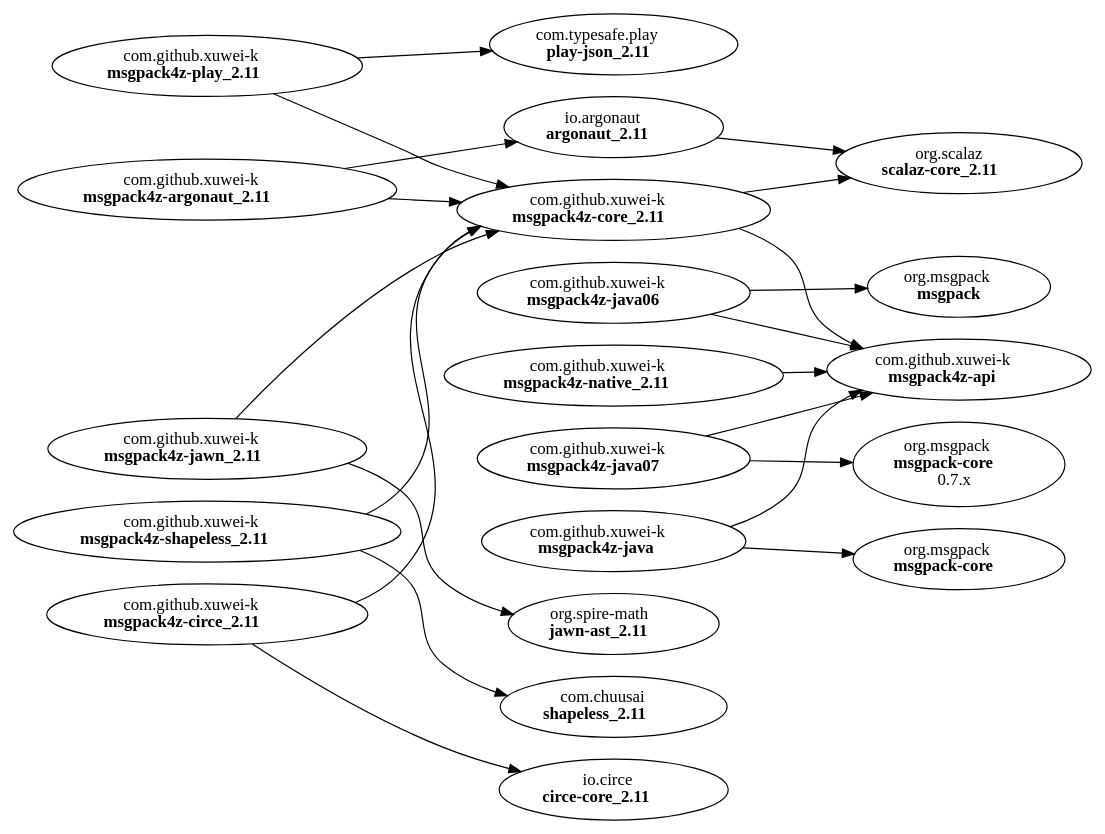
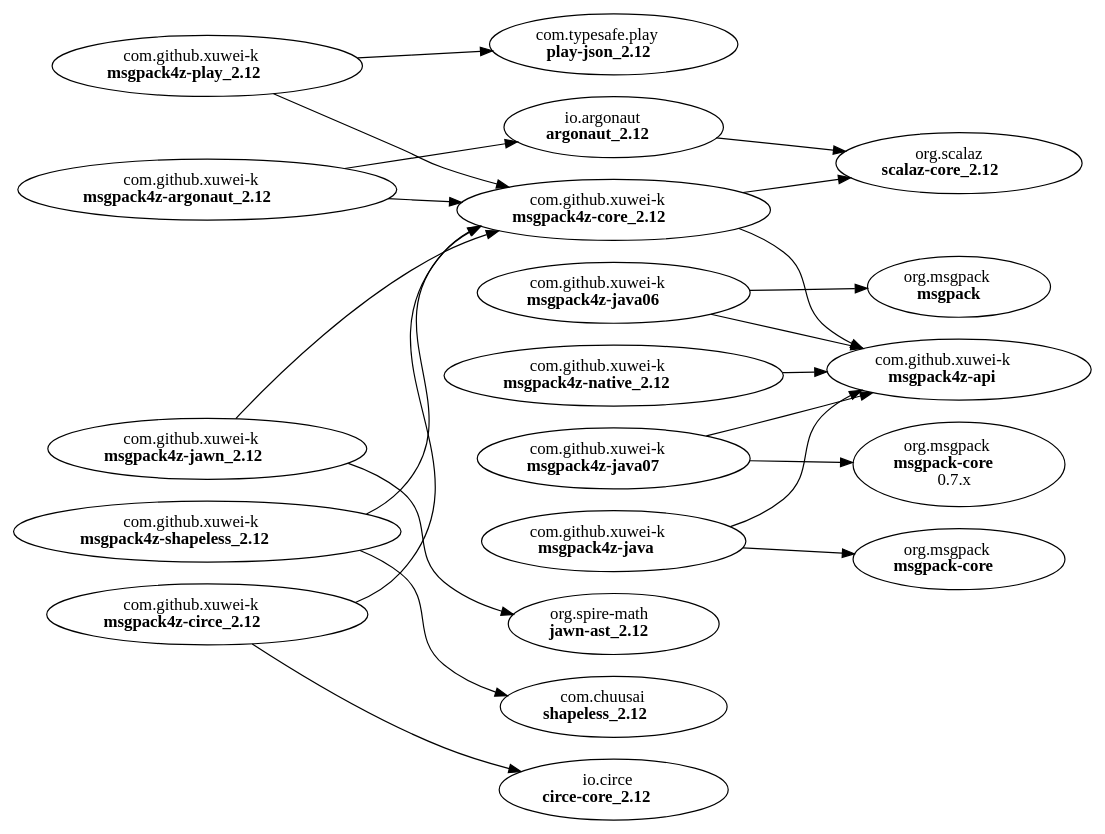
One commit to msgpack4z/msgpack4z.github.io changed the diagram in graph.dot. Above: the diagram before and after it, drawn with Graphviz. The commit also changed 1 other file, not shown here.

```diff
--- a/graph.dot
+++ b/graph.dot
@@ -1,44 +1,44 @@
 digraph "msgpack4z dependency graph" {
     graph[rankdir="LR"]
     node[target="_blank"]
-    "com.github.xuwei-k:msgpack4z-play_2.11"[label=<com.github.xuwei-k<BR/><B>msgpack4z-play_2.11</B>>, href="https://github.com/msgpack4z/msgpack4z-play"]
-    "com.typesafe.play:play-json_2.11"[label=<com.typesafe.play<BR/><B>play-json_2.11</B>>, href="https://github.com/playframework/play-json"]
-    "com.github.xuwei-k:msgpack4z-jawn_2.11"[label=<com.github.xuwei-k<BR/><B>msgpack4z-jawn_2.11</B>>, href="https://github.com/msgpack4z/msgpack4z-jawn"]
-    "org.spire-math:jawn-ast_2.11"[label=<org.spire-math<BR/><B>jawn-ast_2.11</B>>, href="https://github.com/non/jawn"]
-    "com.github.xuwei-k:msgpack4z-argonaut_2.11"[label=<com.github.xuwei-k<BR/><B>msgpack4z-argonaut_2.11</B>>, href="https://github.com/msgpack4z/msgpack4z-argonaut"]
-    "io.argonaut:argonaut_2.11"[label=<io.argonaut<BR/><B>argonaut_2.11</B>>, href="https://github.com/argonaut-io/argonaut"]
+    "com.github.xuwei-k:msgpack4z-play_2.12"[label=<com.github.xuwei-k<BR/><B>msgpack4z-play_2.12</B>>, href="https://github.com/msgpack4z/msgpack4z-play"]
+    "com.typesafe.play:play-json_2.12"[label=<com.typesafe.play<BR/><B>play-json_2.12</B>>, href="https://github.com/playframework/play-json"]
+    "com.github.xuwei-k:msgpack4z-jawn_2.12"[label=<com.github.xuwei-k<BR/><B>msgpack4z-jawn_2.12</B>>, href="https://github.com/msgpack4z/msgpack4z-jawn"]
+    "org.spire-math:jawn-ast_2.12"[label=<org.spire-math<BR/><B>jawn-ast_2.12</B>>, href="https://github.com/non/jawn"]
+    "com.github.xuwei-k:msgpack4z-argonaut_2.12"[label=<com.github.xuwei-k<BR/><B>msgpack4z-argonaut_2.12</B>>, href="https://github.com/msgpack4z/msgpack4z-argonaut"]
+    "io.argonaut:argonaut_2.12"[label=<io.argonaut<BR/><B>argonaut_2.12</B>>, href="https://github.com/argonaut-io/argonaut"]
     "com.github.xuwei-k:msgpack4z-java06"[label=<com.github.xuwei-k<BR/><B>msgpack4z-java06</B>>, href="https://github.com/msgpack4z/msgpack4z-java06"]
     "org.msgpack:msgpack"[label=<org.msgpack<BR/><B>msgpack</B>>, href="https://github.com/msgpack/msgpack-java"]
     "com.github.xuwei-k:msgpack4z-java07"[label=<com.github.xuwei-k<BR/><B>msgpack4z-java07</B>>, href="https://github.com/msgpack4z/msgpack4z-java/tree/0.2.x"]
     "com.github.xuwei-k:msgpack4z-java"[label=<com.github.xuwei-k<BR/><B>msgpack4z-java</B>>, href="https://github.com/msgpack4z/msgpack4z-java"]
     "org.msgpack:msgpack-core:0.7.x"[label=<org.msgpack<BR/><B>msgpack-core</B><BR/>0.7.x>, href="https://github.com/msgpack/msgpack-java"]
     "org.msgpack:msgpack-core"[label=<org.msgpack<BR/><B>msgpack-core</B>>, href="https://github.com/msgpack/msgpack-java"]
-    "com.github.xuwei-k:msgpack4z-native_2.11"[label=<com.github.xuwei-k<BR/><B>msgpack4z-native_2.11</B>>, href="https://github.com/msgpack4z/msgpack4z-native"]
-    "com.github.xuwei-k:msgpack4z-shapeless_2.11"[label=<com.github.xuwei-k<BR/><B>msgpack4z-shapeless_2.11</B>>, href="https://github.com/msgpack4z/msgpack4z-shapeless"]
-    "com.github.xuwei-k:msgpack4z-core_2.11"[label=<com.github.xuwei-k<BR/><B>msgpack4z-core_2.11</B>>, href="https://github.com/msgpack4z/msgpack4z-core"]
-    "org.scalaz:scalaz-core_2.11"[label=<org.scalaz<BR/><B>scalaz-core_2.11</B>>, href="https://github.com/scalaz/scalaz"]
+    "com.github.xuwei-k:msgpack4z-native_2.12"[label=<com.github.xuwei-k<BR/><B>msgpack4z-native_2.12</B>>, href="https://github.com/msgpack4z/msgpack4z-native"]
+    "com.github.xuwei-k:msgpack4z-shapeless_2.12"[label=<com.github.xuwei-k<BR/><B>msgpack4z-shapeless_2.12</B>>, href="https://github.com/msgpack4z/msgpack4z-shapeless"]
+    "com.github.xuwei-k:msgpack4z-core_2.12"[label=<com.github.xuwei-k<BR/><B>msgpack4z-core_2.12</B>>, href="https://github.com/msgpack4z/msgpack4z-core"]
+    "org.scalaz:scalaz-core_2.12"[label=<org.scalaz<BR/><B>scalaz-core_2.12</B>>, href="https://github.com/scalaz/scalaz"]
     "com.github.xuwei-k:msgpack4z-api"[label=<com.github.xuwei-k<BR/><B>msgpack4z-api</B>>, href="https://github.com/msgpack4z/msgpack4z-api"]
-    "com.chuusai:shapeless_2.11"[label=<com.chuusai<BR/><B>shapeless_2.11</B>>, href="https://github.com/milessabin/shapeless"]
-    "com.github.xuwei-k:msgpack4z-circe_2.11"[label=<com.github.xuwei-k<BR/><B>msgpack4z-circe_2.11</B>>, href="https://github.com/msgpack4z/msgpack4z-circe"]
-    "io.circe:circe-core_2.11"[label=<io.circe<BR/><B>circe-core_2.11</B>>, href="https://github.com/circe/circe"]
-    "com.github.xuwei-k:msgpack4z-play_2.11" -> "com.typesafe.play:play-json_2.11"
-    "com.github.xuwei-k:msgpack4z-jawn_2.11" -> "org.spire-math:jawn-ast_2.11"
-    "com.github.xuwei-k:msgpack4z-argonaut_2.11" -> "io.argonaut:argonaut_2.11"
+    "com.chuusai:shapeless_2.12"[label=<com.chuusai<BR/><B>shapeless_2.12</B>>, href="https://github.com/milessabin/shapeless"]
+    "com.github.xuwei-k:msgpack4z-circe_2.12"[label=<com.github.xuwei-k<BR/><B>msgpack4z-circe_2.12</B>>, href="https://github.com/msgpack4z/msgpack4z-circe"]
+    "io.circe:circe-core_2.12"[label=<io.circe<BR/><B>circe-core_2.12</B>>, href="https://github.com/circe/circe"]
+    "com.github.xuwei-k:msgpack4z-play_2.12" -> "com.typesafe.play:play-json_2.12"
+    "com.github.xuwei-k:msgpack4z-jawn_2.12" -> "org.spire-math:jawn-ast_2.12"
+    "com.github.xuwei-k:msgpack4z-argonaut_2.12" -> "io.argonaut:argonaut_2.12"
     "com.github.xuwei-k:msgpack4z-java06" -> "org.msgpack:msgpack"
     "com.github.xuwei-k:msgpack4z-java07" -> "org.msgpack:msgpack-core:0.7.x"
     "com.github.xuwei-k:msgpack4z-java" -> "org.msgpack:msgpack-core"
-    "com.github.xuwei-k:msgpack4z-play_2.11" -> "com.github.xuwei-k:msgpack4z-core_2.11"
-    "com.github.xuwei-k:msgpack4z-shapeless_2.11" -> "com.github.xuwei-k:msgpack4z-core_2.11"
-    "com.github.xuwei-k:msgpack4z-jawn_2.11" -> "com.github.xuwei-k:msgpack4z-core_2.11"
-    "com.github.xuwei-k:msgpack4z-argonaut_2.11" -> "com.github.xuwei-k:msgpack4z-core_2.11"
-    "com.github.xuwei-k:msgpack4z-circe_2.11" -> "com.github.xuwei-k:msgpack4z-core_2.11"
-    "com.github.xuwei-k:msgpack4z-circe_2.11" -> "io.circe:circe-core_2.11"
-    "io.argonaut:argonaut_2.11" -> "org.scalaz:scalaz-core_2.11"
-    "com.github.xuwei-k:msgpack4z-core_2.11" -> "org.scalaz:scalaz-core_2.11"
-    "com.github.xuwei-k:msgpack4z-native_2.11" -> "com.github.xuwei-k:msgpack4z-api"
+    "com.github.xuwei-k:msgpack4z-play_2.12" -> "com.github.xuwei-k:msgpack4z-core_2.12"
+    "com.github.xuwei-k:msgpack4z-shapeless_2.12" -> "com.github.xuwei-k:msgpack4z-core_2.12"
+    "com.github.xuwei-k:msgpack4z-jawn_2.12" -> "com.github.xuwei-k:msgpack4z-core_2.12"
+    "com.github.xuwei-k:msgpack4z-argonaut_2.12" -> "com.github.xuwei-k:msgpack4z-core_2.12"
+    "com.github.xuwei-k:msgpack4z-circe_2.12" -> "com.github.xuwei-k:msgpack4z-core_2.12"
+    "com.github.xuwei-k:msgpack4z-circe_2.12" -> "io.circe:circe-core_2.12"
+    "io.argonaut:argonaut_2.12" -> "org.scalaz:scalaz-core_2.12"
+    "com.github.xuwei-k:msgpack4z-core_2.12" -> "org.scalaz:scalaz-core_2.12"
+    "com.github.xuwei-k:msgpack4z-native_2.12" -> "com.github.xuwei-k:msgpack4z-api"
     "com.github.xuwei-k:msgpack4z-java06" -> "com.github.xuwei-k:msgpack4z-api"
-    "com.github.xuwei-k:msgpack4z-core_2.11" -> "com.github.xuwei-k:msgpack4z-api"
+    "com.github.xuwei-k:msgpack4z-core_2.12" -> "com.github.xuwei-k:msgpack4z-api"
     "com.github.xuwei-k:msgpack4z-java07" -> "com.github.xuwei-k:msgpack4z-api"
     "com.github.xuwei-k:msgpack4z-java" -> "com.github.xuwei-k:msgpack4z-api"
-    "com.github.xuwei-k:msgpack4z-shapeless_2.11" -> "com.chuusai:shapeless_2.11"
+    "com.github.xuwei-k:msgpack4z-shapeless_2.12" -> "com.chuusai:shapeless_2.12"
 }
```
